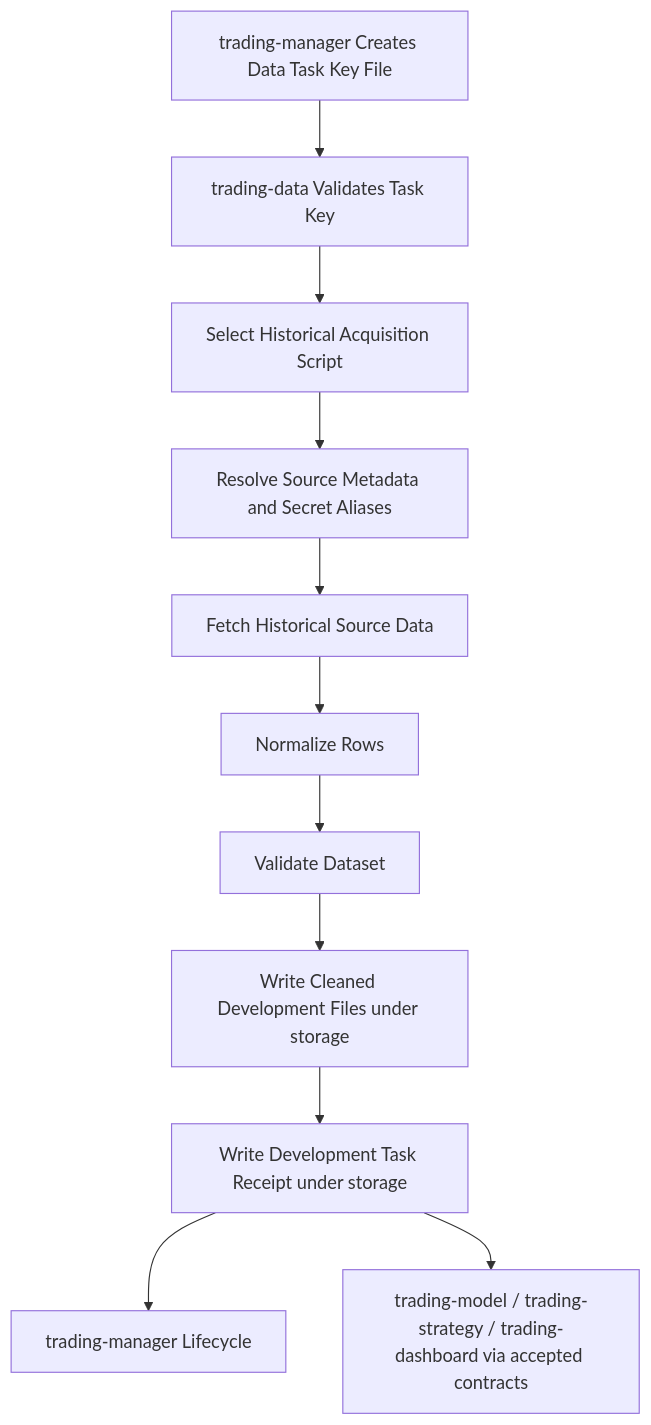
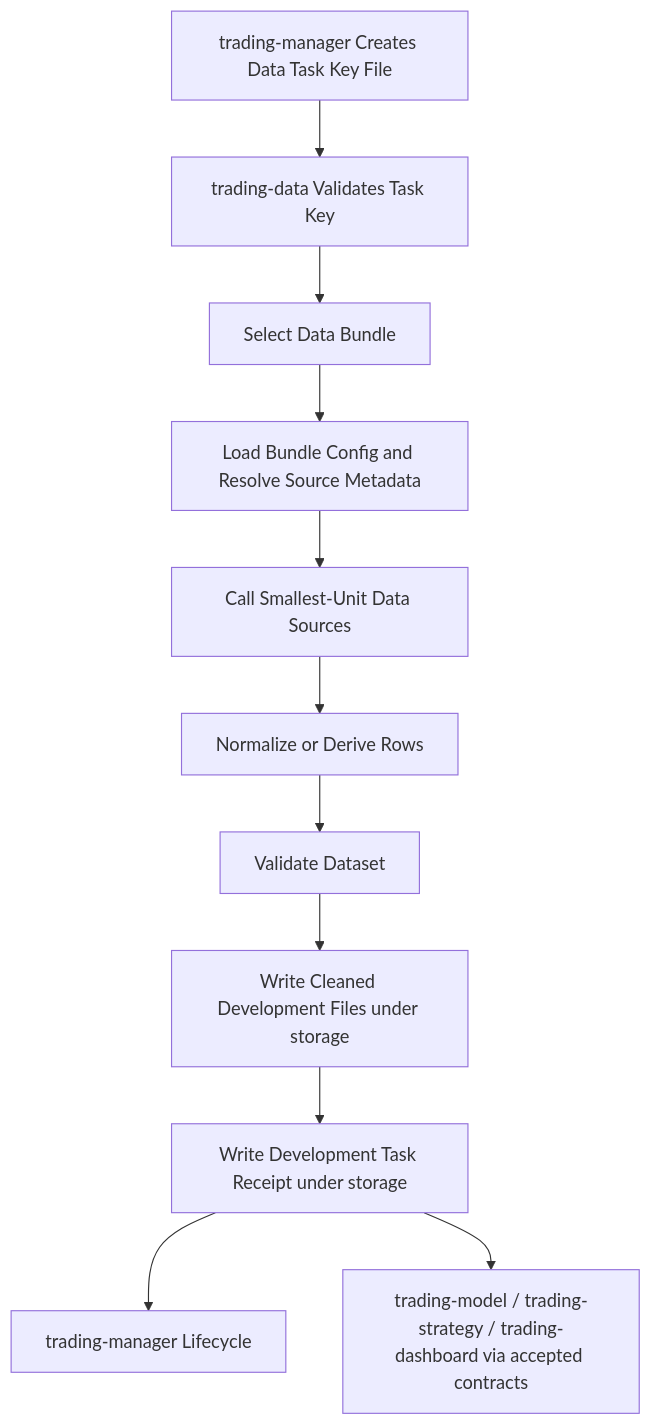
One commit to gilmore307/trading-data changed the diagram in docs/02_workflow.md. Above: the diagram before and after it, drawn with Mermaid. The commit also changed other lines of this file and 17 other files, not shown here.

Commit message:
Separate data bundles from data sources

````diff
--- a/docs/02_workflow.md
+++ b/docs/02_workflow.md
@@ -33,13 +33,13 @@
 ```mermaid
 flowchart TD
   A[trading-manager Creates Data Task Key File] --> B[trading-data Validates Task Key]
-  B --> C[Select Historical Acquisition Script]
-  C --> D[Resolve Source Metadata and Secret Aliases]
-  D --> E[Fetch Historical Source Data]
-  E --> F[Normalize Rows]
+  B --> C[Select Data Bundle]
+  C --> D[Load Bundle Config and Resolve Source Metadata]
+  D --> E[Call Smallest-Unit Data Sources]
+  E --> F[Normalize or Derive Rows]
   F --> G[Validate Dataset]
   G --> H[Write Cleaned Development Files under storage]
   H --> I[Write Development Task Receipt under storage]
   I --> J[trading-manager Lifecycle]
   I --> K[trading-model / trading-strategy / trading-dashboard via accepted contracts]
 ```
````
